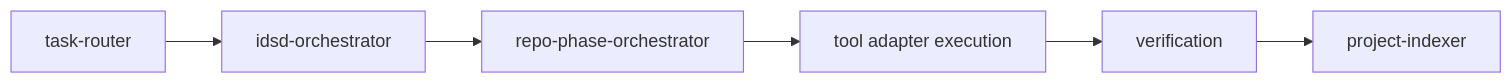
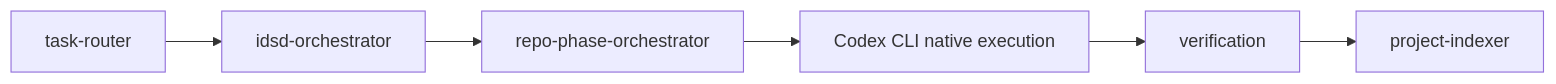
Before and after one commit to HoanDo95/CodexMinimal: the fourth of 8 diagrams in README.md, drawn with Mermaid. The commit also changed other lines of this file and 16 other files, not shown here.

Commit message:
Default execution to Codex CLI

````diff
--- a/README.md
+++ b/README.md
@@ -82,8 +82,8 @@
 ```mermaid
 flowchart LR
     A[task-router] --> B[idsd-orchestrator]
     B --> C[repo-phase-orchestrator]
-    C --> D[tool adapter execution]
+    C --> D[Codex CLI native execution]
     D --> E[verification]
     E --> F[project-indexer]
 ```
````
